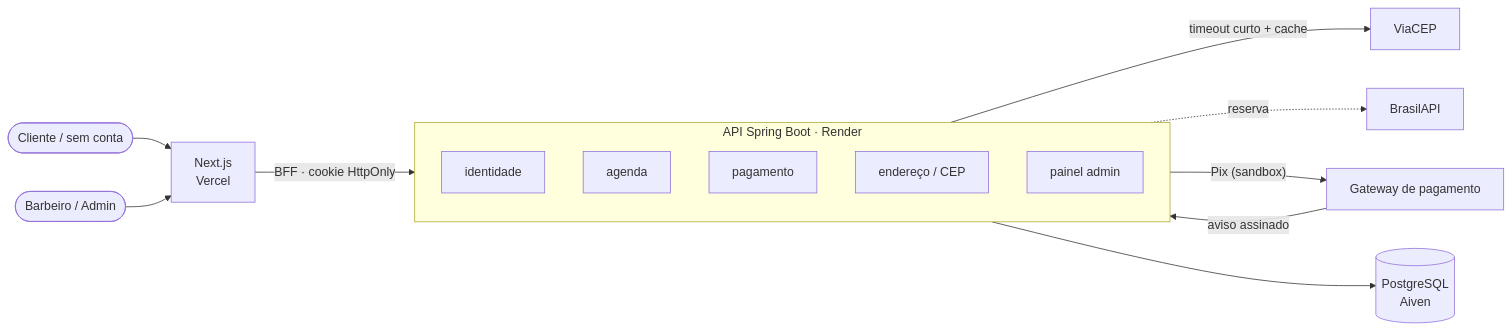
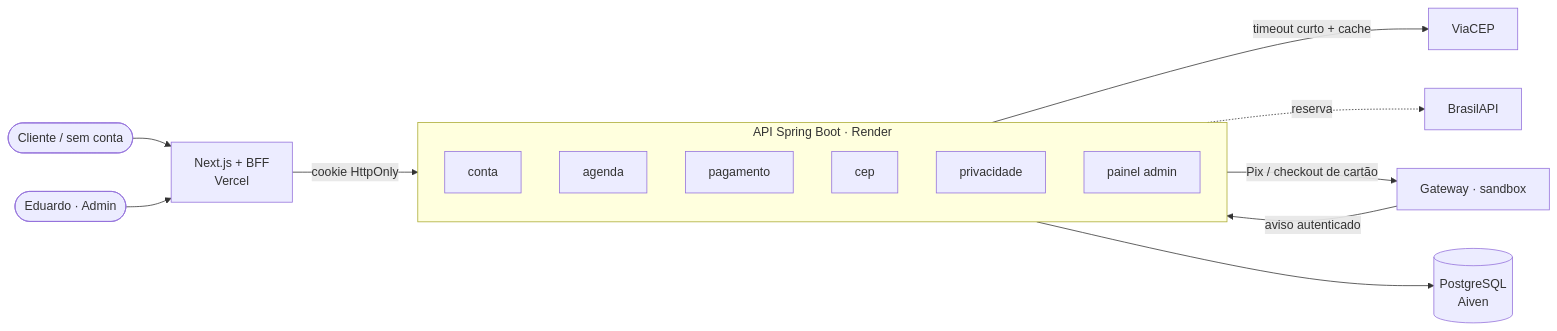
The tenth of 22 diagrams in README.md (k3vinrich4rd/k3vinrich4rd), drawn with Mermaid before and after one commit. The commit also changed other lines of this file and 7 other files, not shown here.

````diff
--- a/README.md
+++ b/README.md
@@ -752,19 +775,20 @@
 ```mermaid
 flowchart LR
-    cliente([Cliente / sem conta]) --> front[Next.js<br/>Vercel]
-    barbeiro([Barbeiro / Admin]) --> front
-    front -- "BFF · cookie HttpOnly" --> api
+    cliente([Cliente / sem conta]) --> front[Next.js + BFF<br/>Vercel]
+    barbeiro([Eduardo · Admin]) --> front
+    front -- "cookie HttpOnly" --> api
     subgraph api [API Spring Boot · Render]
         direction TB
-        auth[identidade]
+        conta[conta]
         agenda[agenda]
         pagamento[pagamento]
-        endereco[endereço / CEP]
+        cep[cep]
+        privacidade[privacidade]
         admin[painel admin]
     end
     api --> db[(PostgreSQL<br/>Aiven)]
-    endereco -- "timeout curto + cache" --> viacep[ViaCEP]
-    endereco -. reserva .-> brasilapi[BrasilAPI]
-    pagamento -- "Pix (sandbox)" --> gateway[Gateway de pagamento]
-    gateway -- "aviso assinado" --> pagamento
+    cep -- "timeout curto + cache" --> viacep[ViaCEP]
+    cep -. reserva .-> brasilapi[BrasilAPI]
+    pagamento -- "Pix / checkout de cartão" --> gateway[Gateway · sandbox]
+    gateway -- "aviso autenticado" --> pagamento
 ```
````
